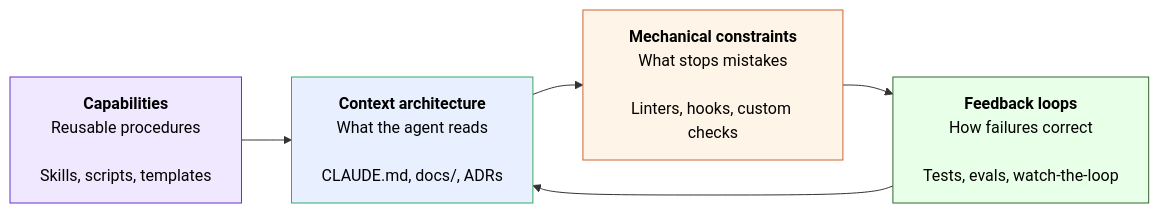
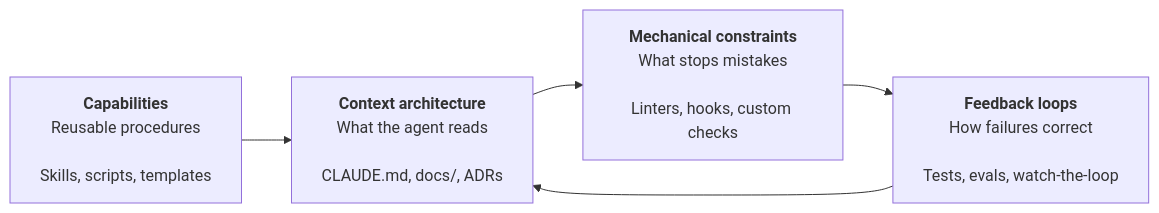
The second of 2 diagrams in src/content/harness-guide/03-part-1-foundations.md (jsandino/ai-sandino), drawn with Mermaid before and after one commit. The commit also changed other lines of this file and 6 other files, not shown here.

First line of the commit message:
refactor: colour the harness guide's diagrams by name

````diff
--- a/src/content/harness-guide/03-part-1-foundations.md
+++ b/src/content/harness-guide/03-part-1-foundations.md
@@ -62,17 +62,17 @@
 ```mermaid
 flowchart LR
     CONTEXT["<b>Context architecture</b><br/>What the agent reads<br/><br/>CLAUDE.md, docs/, ADRs"]
     CONSTRAINTS["<b>Mechanical constraints</b><br/>What stops mistakes<br/><br/>Linters, hooks, custom checks"]
     CAPABILITIES["<b>Capabilities</b><br/>Reusable procedures<br/><br/>Skills, scripts, templates"]
     LOOPS["<b>Feedback loops</b><br/>How failures correct<br/><br/>Tests, evals, watch-the-loop"]
 
     CONTEXT --> CONSTRAINTS
     CONSTRAINTS --> LOOPS
     CAPABILITIES --> CONTEXT
     LOOPS --> CONTEXT
 
-    style CONTEXT fill:#e8f0ff,stroke:#3a6,color:#000000
-    style CONSTRAINTS fill:#fff4e8,stroke:#c63,color:#000000
-    style CAPABILITIES fill:#f0e8ff,stroke:#63c,color:#000000
-    style LOOPS fill:#e8ffe8,stroke:#363,color:#000000
+    class CONTEXT sky
+    class CONSTRAINTS amber
+    class CAPABILITIES violet
+    class LOOPS emerald
 ```
````
